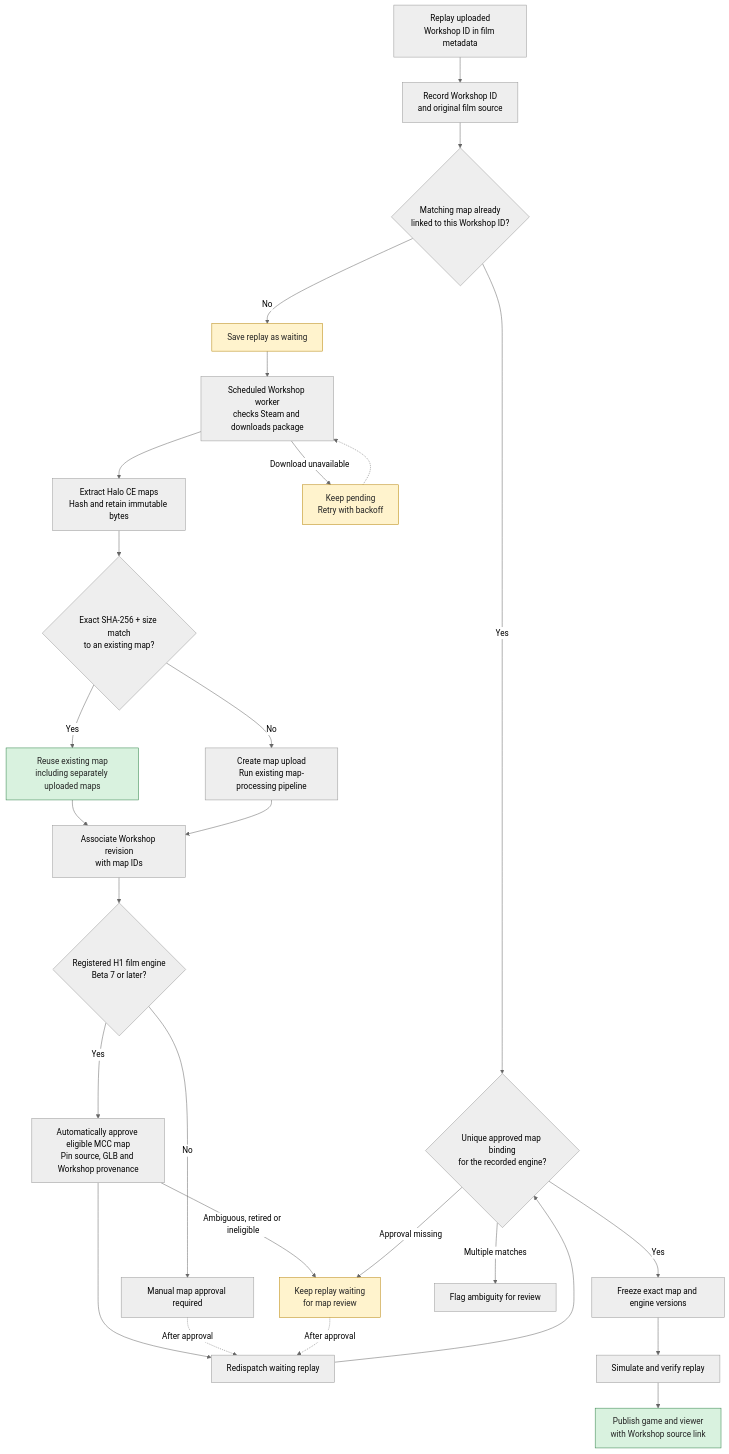
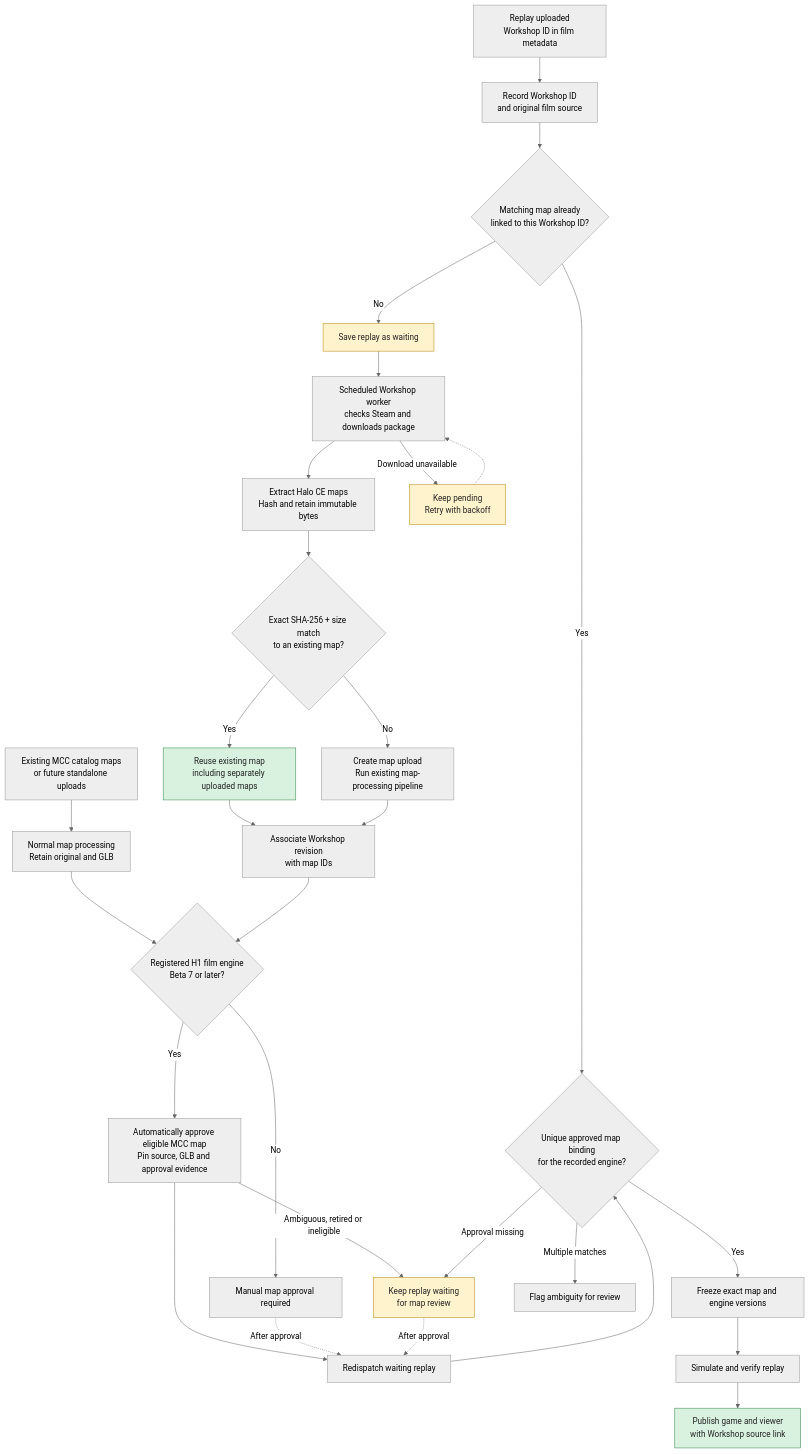
The first of 2 diagrams in lambda/h1_film/WORKSHOP_MAPS_FLOW.md (Mintograde/halospawns-infra), drawn with Mermaid (neutral theme) before and after one commit. The commit also changed other lines of this file and 1 other file, not shown here.

Commit message:
Document catalog-wide MCC autoapproval and dev map backfill

````diff
--- a/lambda/h1_film/WORKSHOP_MAPS_FLOW.md
+++ b/lambda/h1_film/WORKSHOP_MAPS_FLOW.md
@@ -9,40 +9,42 @@
 ```mermaid
 flowchart TD
     A["Replay uploaded<br/>Workshop ID in film metadata"] --> B["Record Workshop ID<br/>and original film source"]
     B --> C{"Matching map already<br/>linked to this Workshop ID?"}
+    SA["Existing MCC catalog maps<br/>or future standalone uploads"] --> SB["Normal map processing<br/>Retain original and GLB"]
+    SB --> AA
 
     C -- Yes --> J
     C -- No --> D["Save replay as waiting"]
     D --> E["Scheduled Workshop worker<br/>checks Steam and downloads package"]
     E --> F["Extract Halo CE maps<br/>Hash and retain immutable bytes"]
     F --> G{"Exact SHA-256 + size match<br/>to an existing map?"}
 
     G -- Yes --> H["Reuse existing map<br/>including separately uploaded maps"]
     G -- No --> I["Create map upload<br/>Run existing map-processing pipeline"]
 
     H --> K["Associate Workshop revision<br/>with map IDs"]
     I --> K
     K --> AA{"Registered H1 film engine<br/>Beta 7 or later?"}
-    AA -- Yes --> AB["Automatically approve eligible MCC map<br/>Pin source, GLB and Workshop provenance"]
+    AA -- Yes --> AB["Automatically approve eligible MCC map<br/>Pin source, GLB and approval evidence"]
     AA -- No --> AC["Manual map approval required"]
     AB --> L["Redispatch waiting replay"]
     AC -. "After approval" .-> L
     AB -- "Ambiguous, retired or ineligible" --> P
     L --> J{"Unique approved map binding<br/>for the recorded engine?"}
 
     J -- Yes --> M["Freeze exact map and engine versions"]
     M --> N["Simulate and verify replay"]
     N --> O["Publish game and viewer<br/>with Workshop source link"]
 
     J -- "Approval missing" --> P["Keep replay waiting<br/>for map review"]
     P -. "After approval" .-> L
     J -- "Multiple matches" --> Q["Flag ambiguity for review"]
 
     E -- "Download unavailable" --> R["Keep pending<br/>Retry with backoff"]
     R -.-> E
 
     classDef waiting fill:#fff3cd,stroke:#b8860b,color:#222;
     classDef success fill:#d9f2df,stroke:#34834b,color:#222;
     class D,P,R waiting;
     class H,O success;
 ```
````
